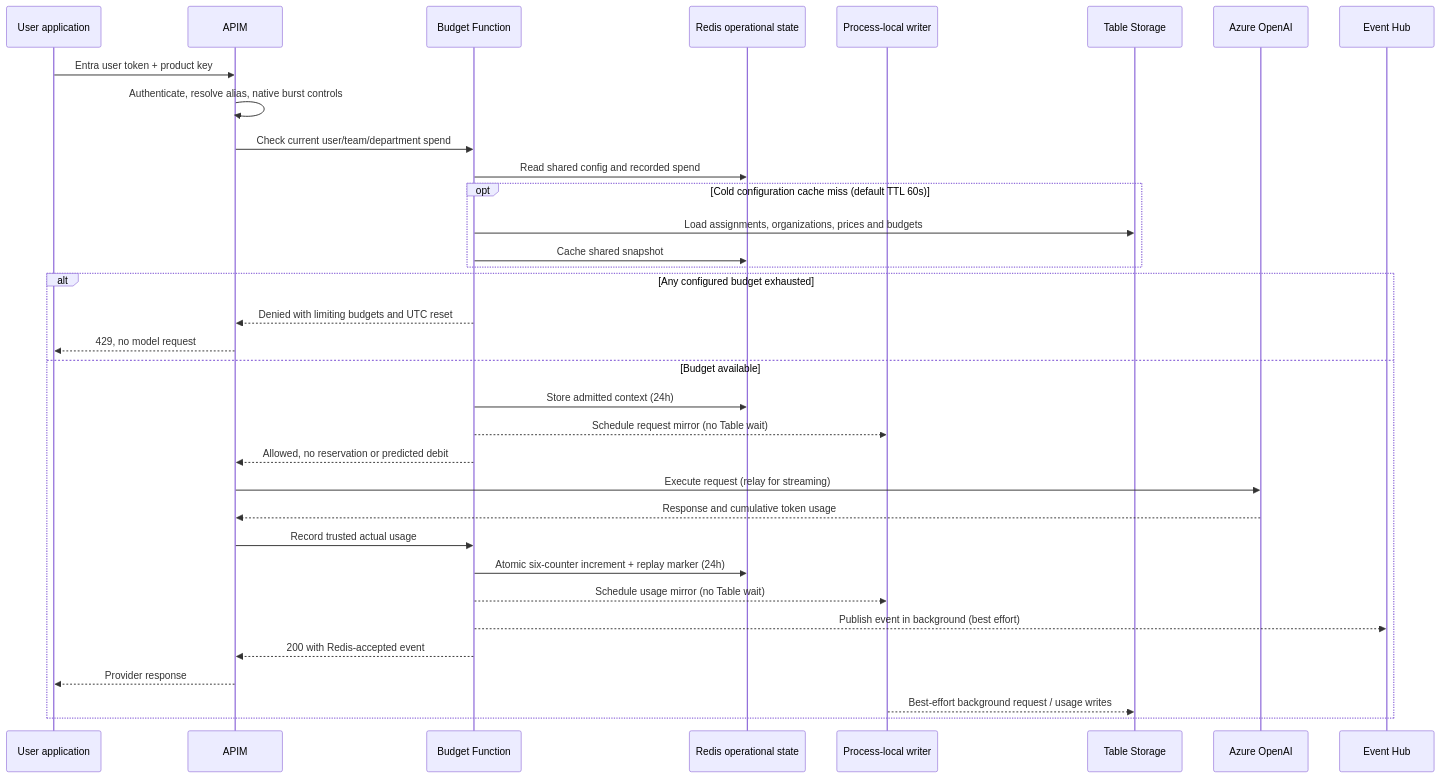
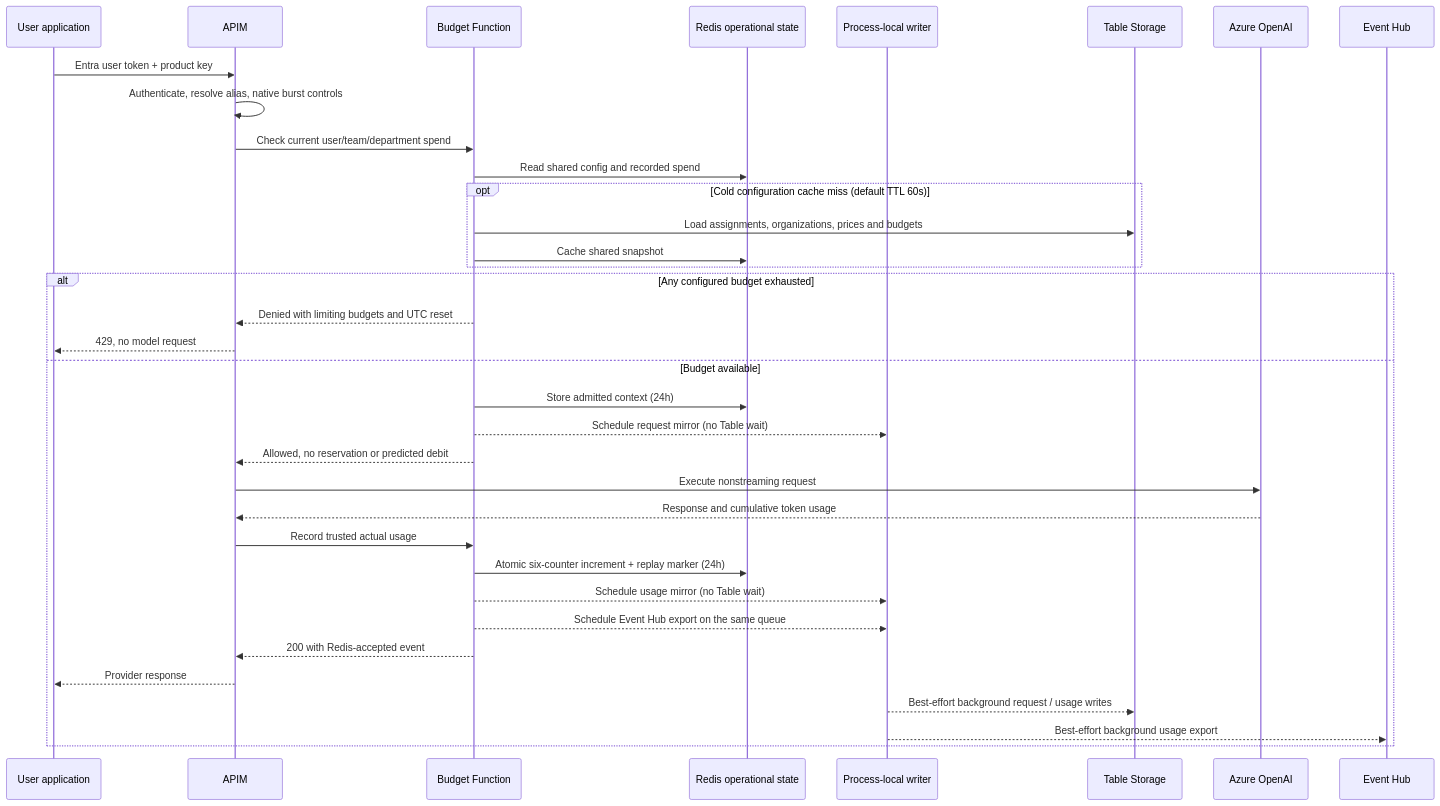
Before and after one commit to jordanbean-msft/apim-rate-limit-foundry: the second of 2 diagrams in ARCHITECTURE.md, drawn with Mermaid. The commit also changed other lines of this file and 25 other files, not shown here.

````diff
--- a/ARCHITECTURE.md
+++ b/ARCHITECTURE.md
@@ -55,36 +64,37 @@
 ```mermaid
 sequenceDiagram
     participant C as User application
     participant A as APIM
     participant F as Budget Function
     participant R as Redis operational state
     participant W as Process-local writer
     participant T as Table Storage
     participant O as Azure OpenAI
     participant E as Event Hub
     C->>A: Entra user token + product key
     A->>A: Authenticate, resolve alias, native burst controls
     A->>F: Check current user/team/department spend
     F->>R: Read shared config and recorded spend
     opt Cold configuration cache miss (default TTL 60s)
         F->>T: Load assignments, organizations, prices and budgets
         F->>R: Cache shared snapshot
     end
     alt Any configured budget exhausted
         F-->>A: Denied with limiting budgets and UTC reset
         A-->>C: 429, no model request
     else Budget available
         F->>R: Store admitted context (24h)
         F-->>W: Schedule request mirror (no Table wait)
         F-->>A: Allowed, no reservation or predicted debit
-        A->>O: Execute request (relay for streaming)
+        A->>O: Execute nonstreaming request
         O-->>A: Response and cumulative token usage
         A->>F: Record trusted actual usage
         F->>R: Atomic six-counter increment + replay marker (24h)
         F-->>W: Schedule usage mirror (no Table wait)
-        F-->>E: Publish event in background (best effort)
+        F-->>W: Schedule Event Hub export on the same queue
         F-->>A: 200 with Redis-accepted event
         A-->>C: Provider response
         W-->>T: Best-effort background request / usage writes
+        W-->>E: Best-effort background usage export
     end
 ```
````
